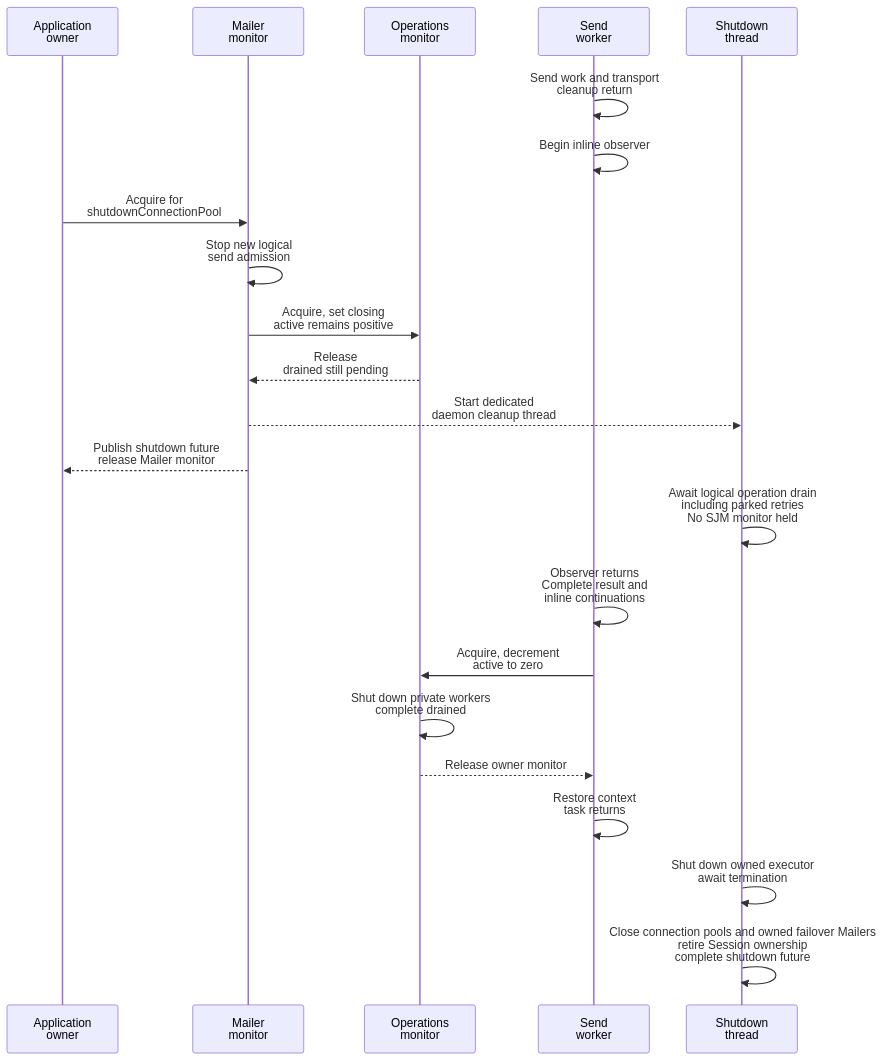
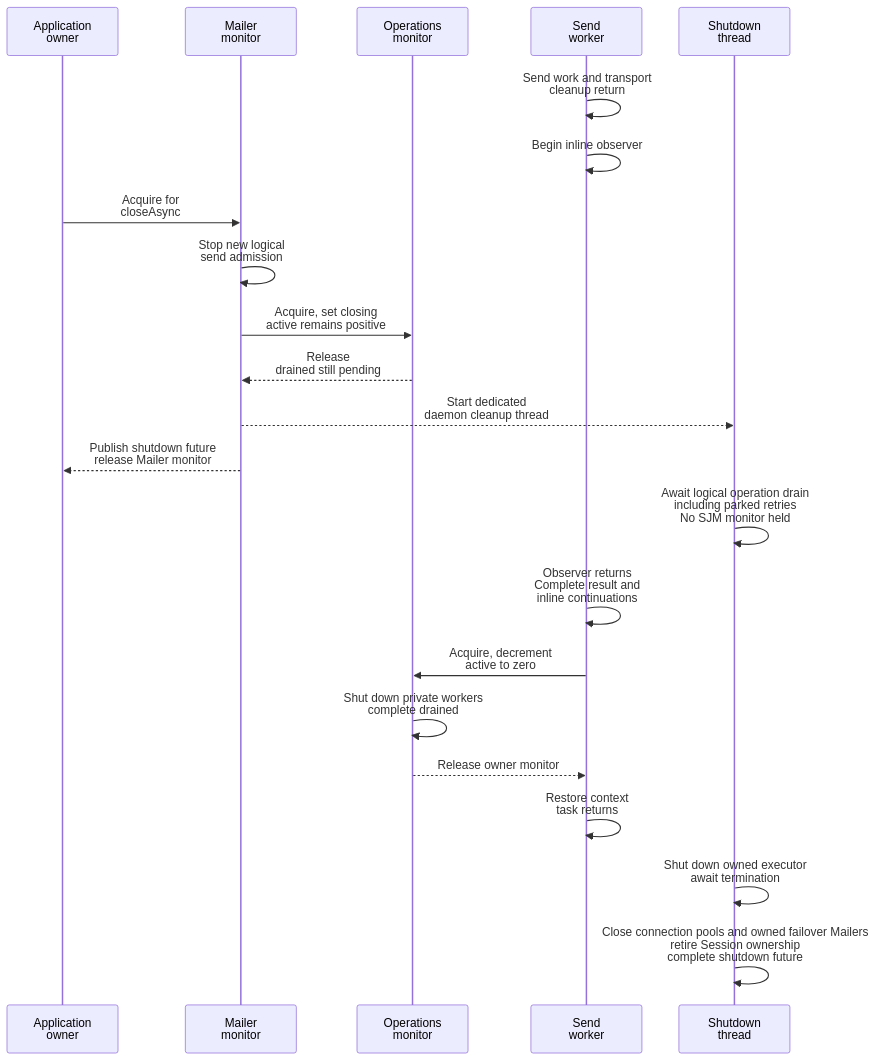
The second of 3 diagrams in docs/concurrency/02-mailer-lifecycle.md (bbottema/simple-java-mail), drawn with Mermaid before and after one commit. The commit also changed other lines of this file and 8 other files, not shown here.

````diff
--- a/docs/concurrency/02-mailer-lifecycle.md
+++ b/docs/concurrency/02-mailer-lifecycle.md
@@ -67,24 +67,24 @@
 ```mermaid
 sequenceDiagram
     participant A as Application<br/>owner
     participant M as Mailer<br/>monitor
     participant O as Operations<br/>monitor
     participant W as Send<br/>worker
     participant S as Shutdown<br/>thread
     W->>W: Send work and transport<br/>cleanup return
     W->>W: Begin inline observer
-    A->>M: Acquire for<br/>shutdownConnectionPool
+    A->>M: Acquire for<br/>closeAsync
     M->>M: Stop new logical<br/>send admission
     M->>O: Acquire, set closing<br/>active remains positive
     O-->>M: Release<br/>drained still pending
     M-->>S: Start dedicated<br/>daemon cleanup thread
     M-->>A: Publish shutdown future<br/>release Mailer monitor
     S->>S: Await logical operation drain<br/>including parked retries<br/>No SJM monitor held
     W->>W: Observer returns<br/>Complete result and<br/>inline continuations
     W->>O: Acquire, decrement<br/>active to zero
     O->>O: Shut down private workers<br/>complete drained
     O-->>W: Release owner monitor
     W->>W: Restore context<br/>task returns
     S->>S: Shut down owned executor<br/>await termination
     S->>S: Close connection pools and owned failover Mailers<br/>retire Session ownership<br/>complete shutdown future
 ```
````
